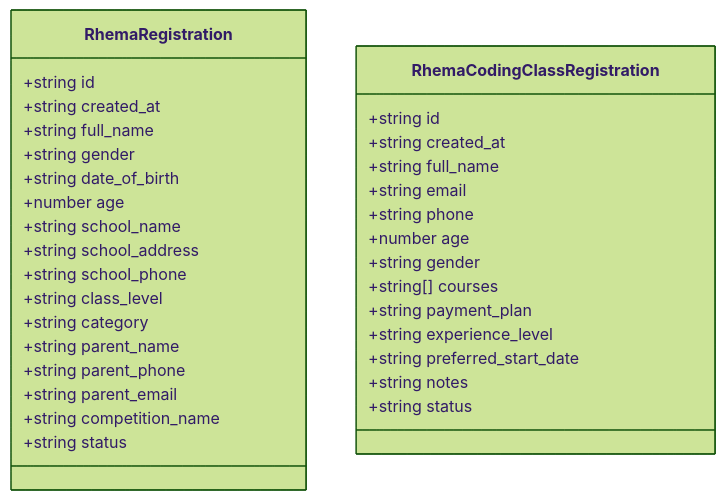
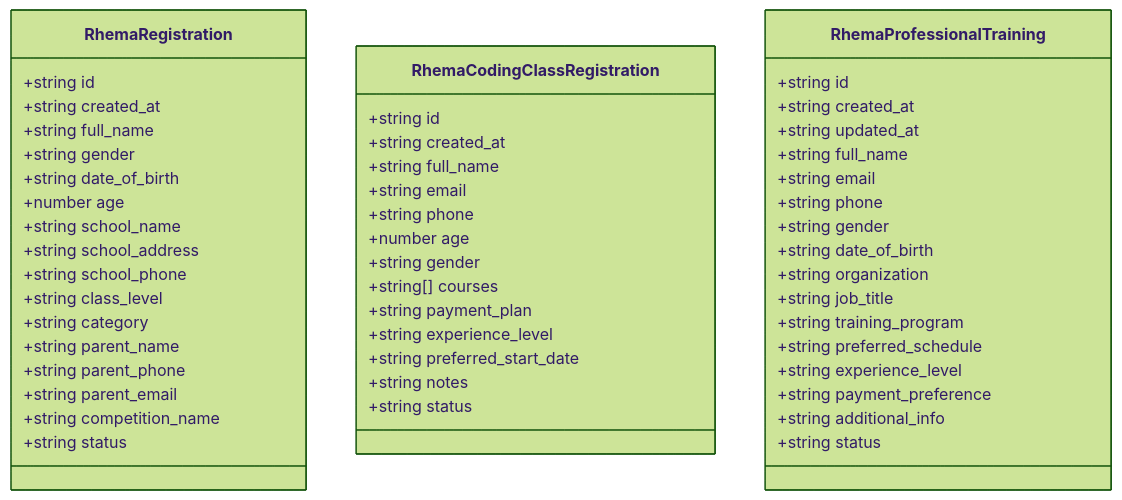
The fourth of 8 diagrams in .qoder/repowiki/en/content/Database Integration/TypeScript Type Definitions.md (Black-box01/rhemaexpertsolutions), drawn with Mermaid (forest theme) before and after one commit. The commit also changed other lines of this file and 22 other files, not shown here.

First line of the commit message:
feat(professional-trainings): add professional training registration system

````diff
--- a/.qoder/repowiki/en/content/Database Integration/TypeScript Type Definitions.md
+++ b/.qoder/repowiki/en/content/Database Integration/TypeScript Type Definitions.md
@@ -174,36 +214,54 @@
 ```mermaid
 classDiagram
 class RhemaRegistration {
 +string id
 +string created_at
 +string full_name
 +string gender
 +string date_of_birth
 +number age
 +string school_name
 +string school_address
 +string school_phone
 +string class_level
 +string category
 +string parent_name
 +string parent_phone
 +string parent_email
 +string competition_name
 +string status
 }
 class RhemaCodingClassRegistration {
 +string id
 +string created_at
 +string full_name
 +string email
 +string phone
 +number age
 +string gender
 +string[] courses
 +string payment_plan
 +string experience_level
 +string preferred_start_date
 +string notes
 +string status
 }
+class RhemaProfessionalTraining {
++string id
++string created_at
++string updated_at
++string full_name
++string email
++string phone
++string gender
++string date_of_birth
++string organization
++string job_title
++string training_program
++string preferred_schedule
++string experience_level
++string payment_preference
++string additional_info
++string status
+}
 ```
````
